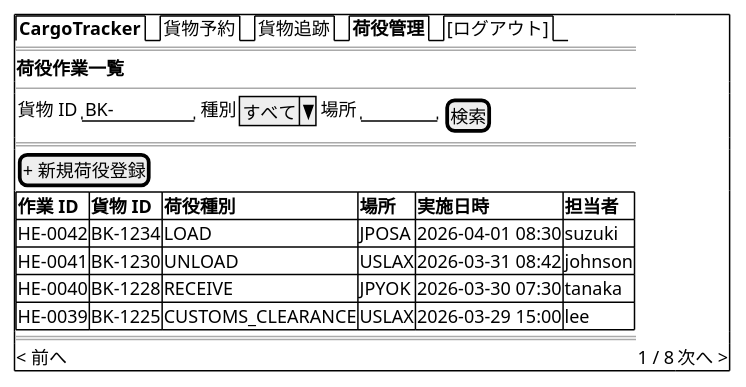
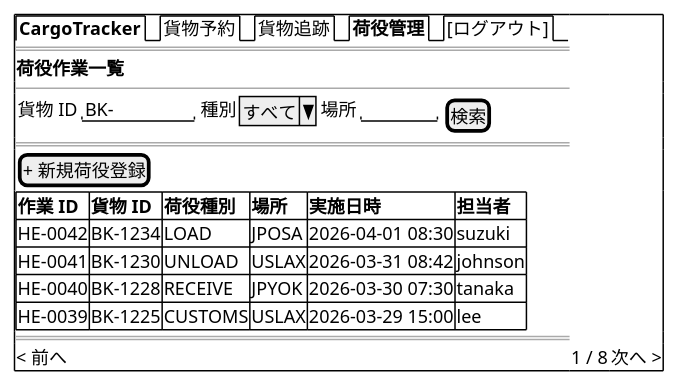
One commit to k2works/case-study-cargo-tracker changed diagram 12 of 19 in docs/design/ui_design.md. Above: the diagram before and after it, drawn with PlantUML. The commit also changed other lines of this file and 18 other files, not shown here.

````diff
--- a/docs/design/ui_design.md
+++ b/docs/design/ui_design.md
@@ -751,24 +751,24 @@
 ```plantuml
 @startsalt
 {+
   {/ <b>CargoTracker</b> | 貨物予約 | 貨物追跡 | <b>荷役管理</b> | [ログアウト] }
   ==
   <b>荷役作業一覧</b>
   --
   {
     貨物 ID | "BK-      " | 種別 | ^すべて^ | 場所 | "      " | [検索]
   }
   ==
   [+ 新規荷役登録]
   {#
     **作業 ID** | **貨物 ID** | **荷役種別** | **場所** | **実施日時**        | **担当者**
     HE-0042     | BK-1234     | LOAD         | JPOSA    | 2026-04-01 08:30    | suzuki
     HE-0041     | BK-1230     | UNLOAD       | USLAX    | 2026-03-31 08:42    | johnson
     HE-0040     | BK-1228     | RECEIVE      | JPYOK    | 2026-03-30 07:30    | tanaka
-    HE-0039     | BK-1225     | CUSTOMS_CLEARANCE | USLAX | 2026-03-29 15:00    | lee
+    HE-0039     | BK-1225     | CUSTOMS | USLAX | 2026-03-29 15:00    | lee
   }
   ==
   < 前へ | 1 / 8 | 次へ >
 }
 @endsalt
 ```
````
